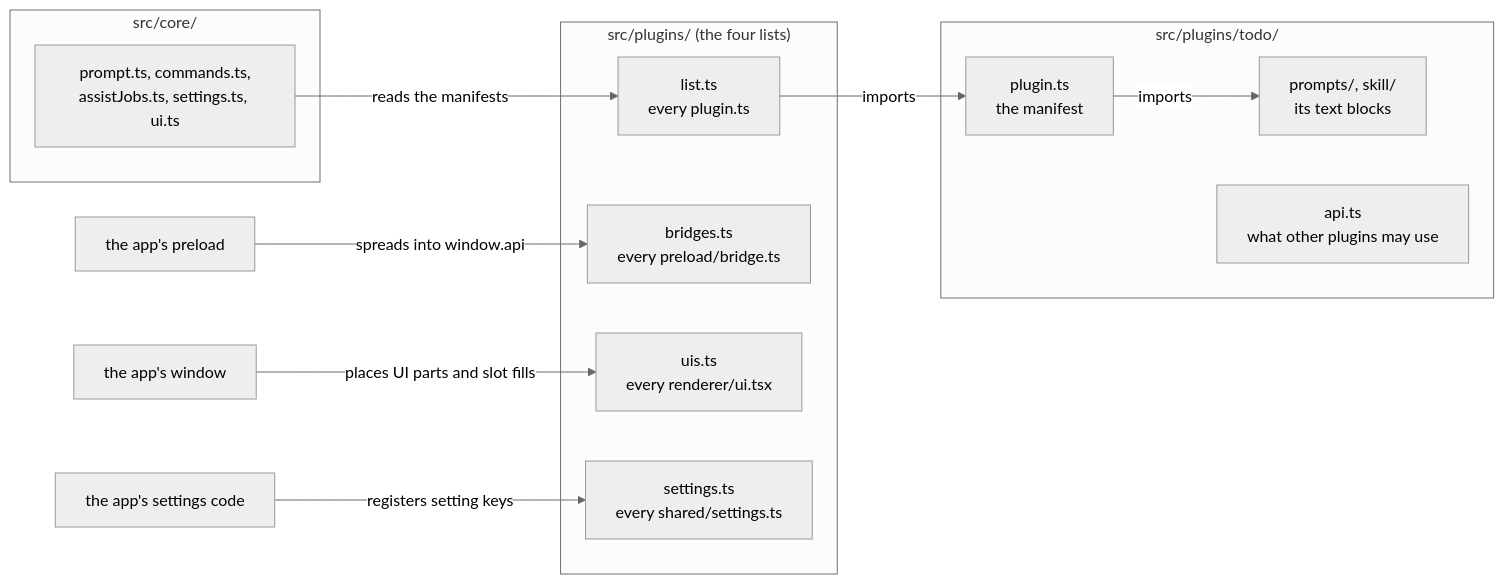
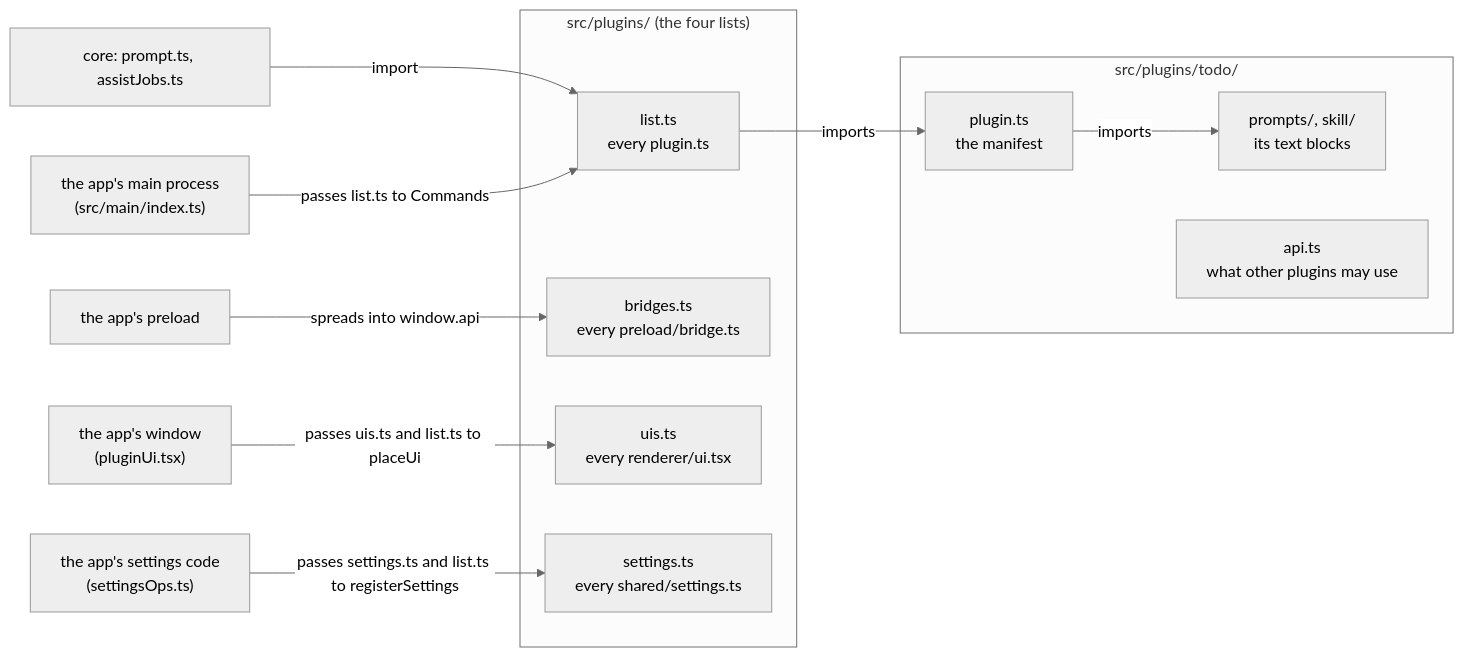
Before and after one commit to superkoh/koloft: the first of 2 diagrams in docs/plugin-format.md, drawn with Mermaid (neutral theme). The commit also changed other lines of this file, not shown here.

Commit message:
docs(plugins): say which check catches each mismatch, and where the main process still names plugin files

````diff
--- a/docs/plugin-format.md
+++ b/docs/plugin-format.md
@@ -116,23 +118,21 @@
 ```mermaid
 flowchart LR
   subgraph lists["src/plugins/ (the four lists)"]
     list["list.ts<br/>every plugin.ts"]
     bridges["bridges.ts<br/>every preload/bridge.ts"]
     uis["uis.ts<br/>every renderer/ui.tsx"]
     settings["settings.ts<br/>every shared/settings.ts"]
   end
-  subgraph core["src/core/"]
-    prompt["prompt.ts, commands.ts,<br/>assistJobs.ts, settings.ts, ui.ts"]
-  end
-  prompt -->|reads the manifests| list
+  prompt["core: prompt.ts, assistJobs.ts"] -->|import| list
+  appMain["the app's main process<br/>(src/main/index.ts)"] -->|"passes list.ts to Commands"| list
   preload["the app's preload"] -->|spreads into window.api| bridges
-  window["the app's window"] -->|places UI parts and slot fills| uis
-  settingsOps["the app's settings code"] -->|registers setting keys| settings
+  window["the app's window<br/>(pluginUi.tsx)"] -->|"passes uis.ts and list.ts to placeUi"| uis
+  settingsOps["the app's settings code<br/>(settingsOps.ts)"] -->|"passes settings.ts and list.ts to registerSettings"| settings
   list -->|imports| manifest
   subgraph plugin["src/plugins/todo/"]
     manifest["plugin.ts<br/>the manifest"]
     text["prompts/, skill/<br/>its text blocks"]
     api["api.ts<br/>what other plugins may use"]
   end
   manifest -->|imports| text
 ```
````
